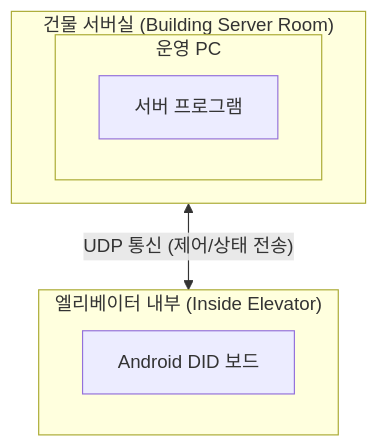
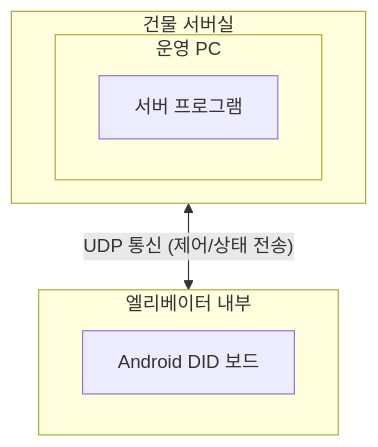
The first of 2 diagrams in elevator/index.md (jayyaj12/portfolio), drawn with Mermaid before and after one commit. The commit also changed other lines of this file, not shown here.

```diff
--- a/elevator/index.md
+++ b/elevator/index.md
@@ -25,16 +25,16 @@
 <div class="mermaid">
 graph TD
-    subgraph A["건물 서버실 (Building Server Room)"]
+    subgraph A["건물 서버실"]
         direction LR
         subgraph B["운영 PC"]
             Server["서버 프로그램"]
         end
     end
 
-    subgraph C["엘리베이터 내부 (Inside Elevator)"]
+    subgraph C["엘리베이터 내부"]
         direction LR
         Android["Android DID 보드"]
     end
 
     Server <-- "UDP 통신 (제어/상태 전송)" --> Android
 </div>
```
